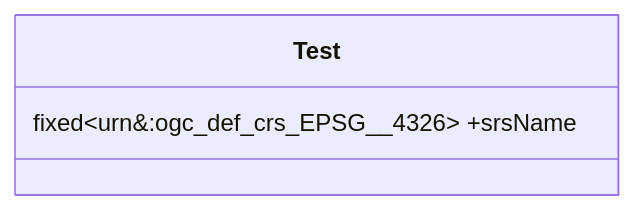
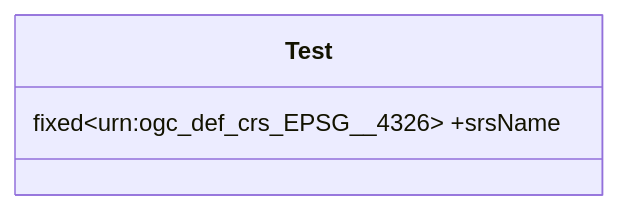
The first of 3 diagrams in docs/fixm/FIXM_UML_in_mermaid.md (du-lapin/test_docsify), drawn with Mermaid before and after one commit. The commit also changed other lines of this file, not shown here.

````diff
--- a/docs/fixm/FIXM_UML_in_mermaid.md
+++ b/docs/fixm/FIXM_UML_in_mermaid.md
@@ -4,5 +4,5 @@
 ```mermaid
 classDiagram
 class Test
-Test : fixed~urn&#58;ogc_def_crs_EPSG__4326~ +srsName
+Test : fixed~urn#58;ogc_def_crs_EPSG__4326~ +srsName
 ```
````
